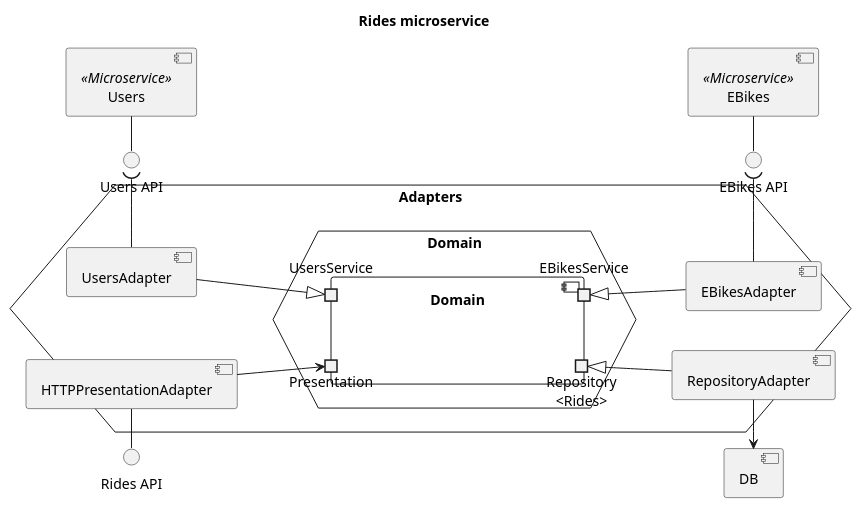
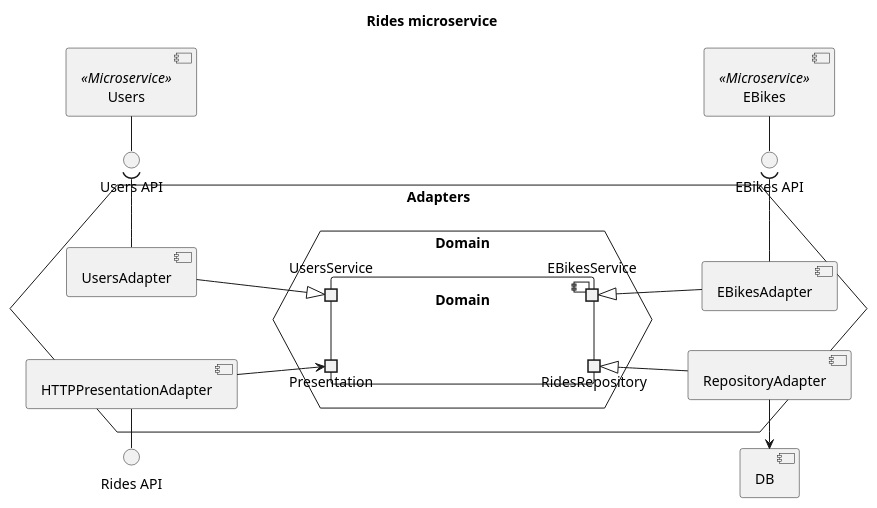
Before and after one commit to Ventus218/SAP-assignment-02: the diagram in doc/diagrams/src/rides-components.puml, drawn with PlantUML. The commit also changed 2 other files, not shown here.

Commit message:
Changed Repository<T> to specific repository names

```diff
--- a/doc/diagrams/src/rides-components.puml
+++ b/doc/diagrams/src/rides-components.puml
@@ -1,46 +1,46 @@
 @startuml rides-components
 
 title "Rides microservice"
 
 left to right direction
 
 component "DB"
 interface "Rides API" as RidesAPI
 interface "EBikes API" as EBikesAPI
 interface "Users API" as UsersAPI
 
 hexagon Adapters {
     hexagon Domain as DomainHex {
         component Domain {
             'ports in or out are just used for layout purposes and do not have any semantic'
-            portout "Repository\n<Rides>" as Repo
+            portout "RidesRepository" as Repo
             portin Presentation
             portin UsersService
             portout EBikesService
         }
     }
 
     component "RepositoryAdapter" as RepoAdapter
     RepoAdapter -l-> DB
     RepoAdapter -u-|> Repo
 
     component EBikesAdapter
     EBikesAdapter -r-( EBikesAPI
     EBikesAdapter -u-|> EBikesService
 
     component UsersAdapter
     UsersAdapter -r-( UsersAPI
     UsersAdapter -d-|> UsersService
 
     component "HTTPPresentationAdapter" as HTTPAdapter
     HTTPAdapter -l-() RidesAPI
     HTTPAdapter -d-> Presentation
 }
 
 component "EBikes" as EBikes <<Microservice>>
 EBikes -r-() EBikesAPI
 
 component "Users" as Users <<Microservice>>
 Users -r-() UsersAPI
 
 @enduml
```
